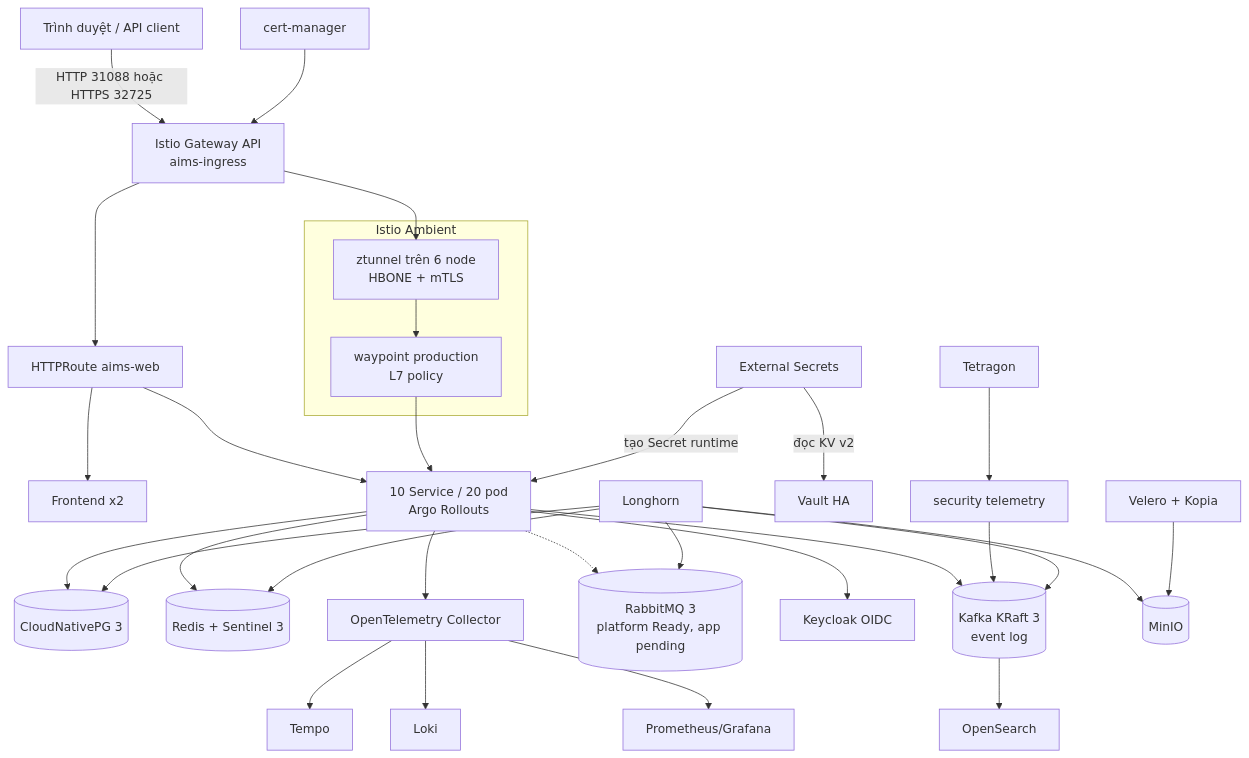
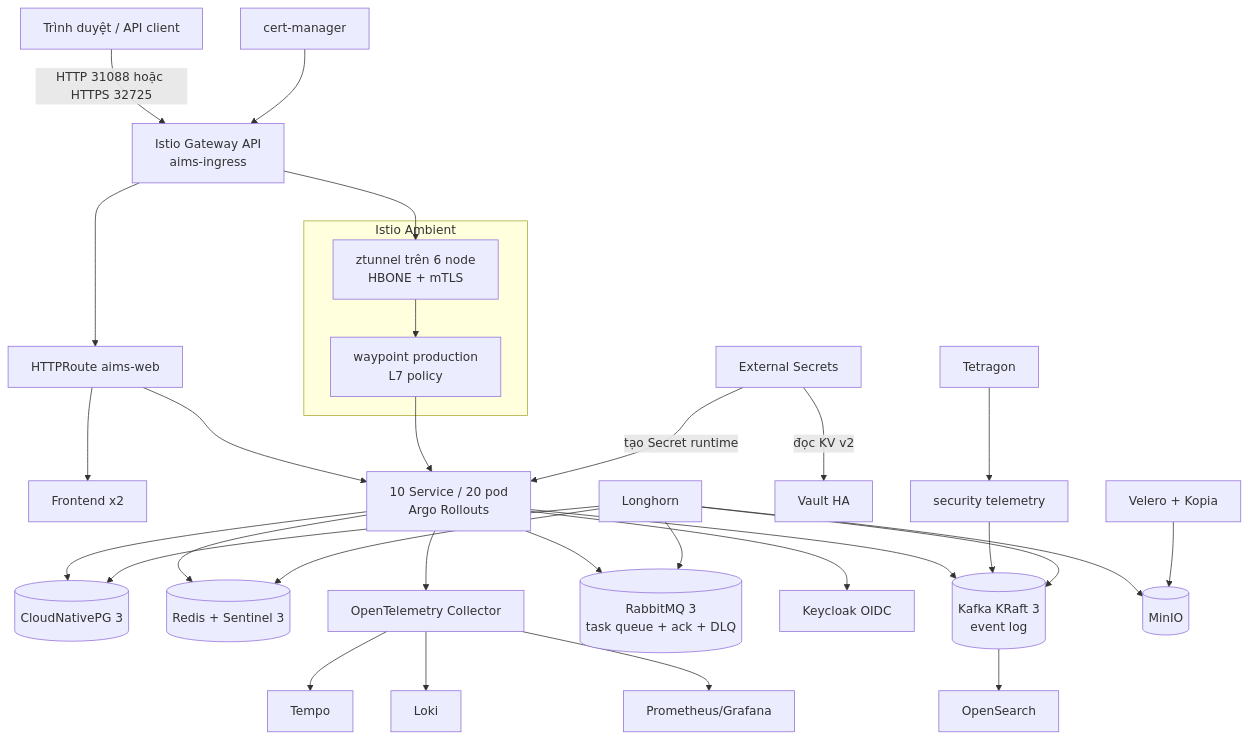
The first of 8 diagrams in AIMS_OPERATION_FLOW_REPORT.md (tndat-dev/An-Internet-Media-Store), drawn with Mermaid before and after one commit. The commit also changed other lines of this file and 21 other files, not shown here.

````diff
--- a/AIMS_OPERATION_FLOW_REPORT.md
+++ b/AIMS_OPERATION_FLOW_REPORT.md
@@ -34,36 +34,36 @@
 ```mermaid
 flowchart TB
     U[Trình duyệt / API client] -->|HTTP 31088 hoặc HTTPS 32725| IG[Istio Gateway API<br/>aims-ingress]
     IG --> RT[HTTPRoute aims-web]
     RT --> FE[Frontend x2]
     RT --> API[10 Service / 20 pod<br/>Argo Rollouts]
 
     subgraph Ambient[Istio Ambient]
       Z[ztunnel trên 6 node<br/>HBONE + mTLS]
       WP[waypoint production<br/>L7 policy]
     end
     IG --> Z --> WP --> API
 
     API --> PG[(CloudNativePG 3)]
     API --> RD[(Redis + Sentinel 3)]
     API --> KF[(Kafka KRaft 3<br/>event log)]
-    API -.-> RMQ[(RabbitMQ 3<br/>platform Ready, app pending)]
+    API --> RMQ[(RabbitMQ 3<br/>task queue + ack + DLQ)]
     API --> KC[Keycloak OIDC]
     API --> OT[OpenTelemetry Collector]
 
     OT --> PR[Prometheus/Grafana]
     OT --> LK[Loki]
     OT --> TP[Tempo]
     TG[Tetragon] --> ST[security telemetry]
     ST --> KF --> OS[OpenSearch]
 
     ESO[External Secrets] -->|đọc KV v2| VA[Vault HA]
     ESO -->|tạo Secret runtime| API
     CM[cert-manager] --> IG
     LH[Longhorn] --> PG
     LH --> RD
     LH --> KF
     LH --> RMQ
     LH --> MN[(MinIO)]
     VE[Velero + Kopia] --> MN
 ```
````
